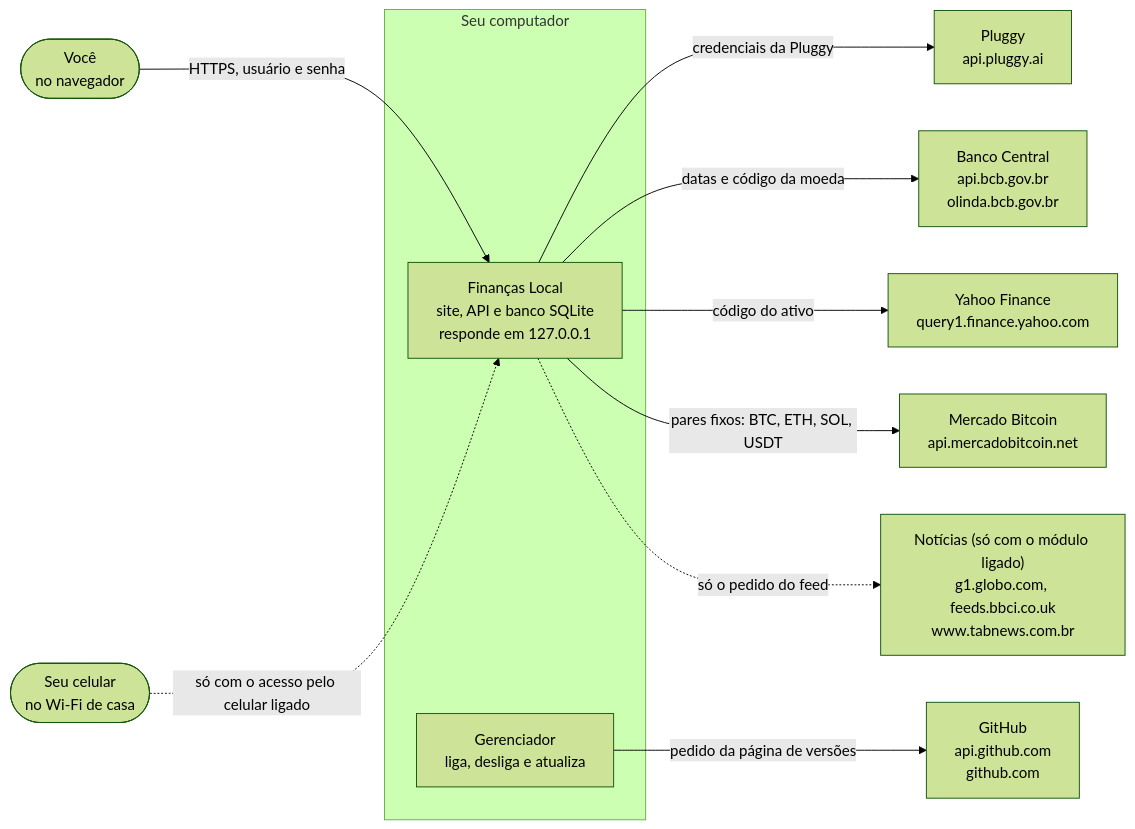
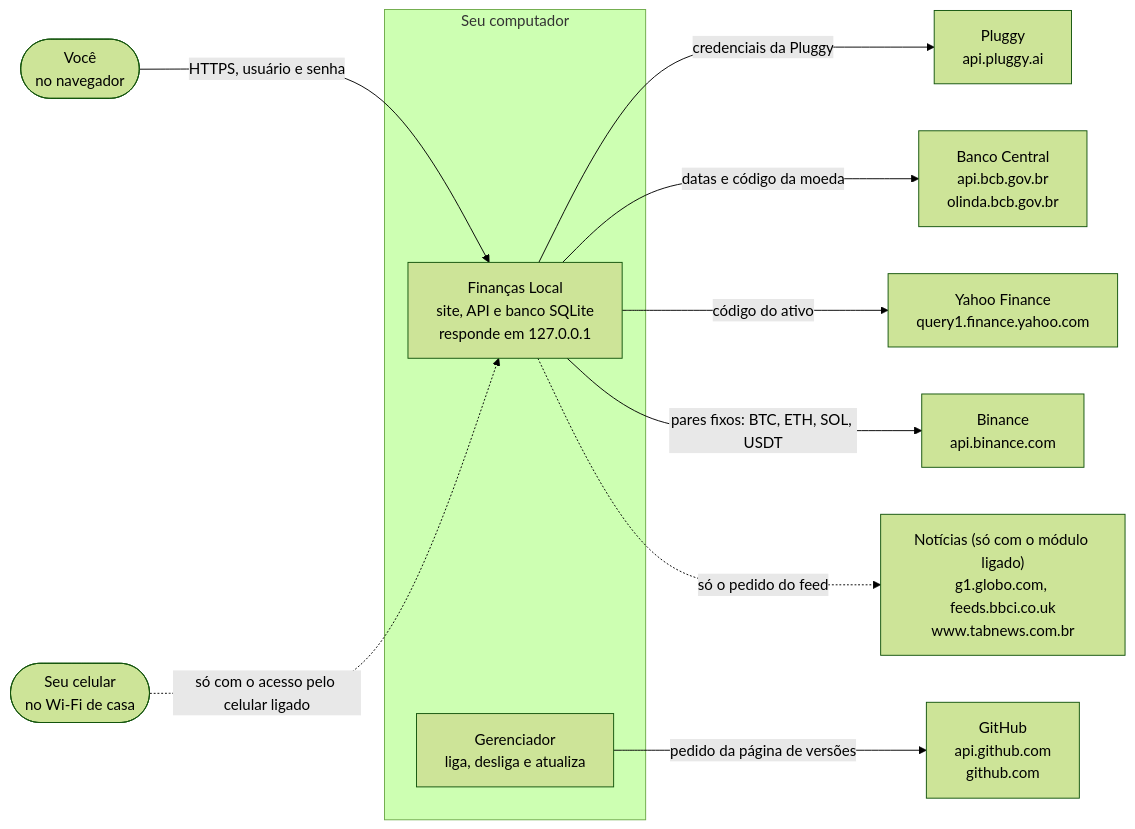
Before and after one commit to LucasDesenvGit/financas-local: the first of 3 diagrams in README.md, drawn with Mermaid (forest theme). The commit also changed 37 other files, not shown here.

First line of the commit message:
fix(investimentos): cotação de cripto pela Binance, no lugar do Mercado Bitcoin (#762)

````diff
--- a/README.md
+++ b/README.md
@@ -11,25 +11,25 @@
 ```mermaid
 flowchart LR
     %% Contexto do C4 (provisório até o HLD da #462)
     voce(["Você<br/>no navegador"])
     subgraph pc["Seu computador"]
         site["Finanças Local<br/>site, API e banco SQLite<br/>responde em 127.0.0.1"]
         ger["Gerenciador<br/>liga, desliga e atualiza"]
     end
     pluggy["Pluggy<br/>api.pluggy.ai"]
     bcb["Banco Central<br/>api.bcb.gov.br<br/>olinda.bcb.gov.br"]
     cot["Yahoo Finance<br/>query1.finance.yahoo.com"]
-    mb["Mercado Bitcoin<br/>api.mercadobitcoin.net"]
+    mb["Binance<br/>api.binance.com"]
     gh["GitHub<br/>api.github.com<br/>github.com"]
     not["Notícias (só com o módulo ligado)<br/>g1.globo.com, feeds.bbci.co.uk<br/>www.tabnews.com.br"]
     cel(["Seu celular<br/>no Wi-Fi de casa"])
 
     voce -->|"HTTPS, usuário e senha"| site
     cel -.->|"só com o acesso pelo celular ligado"| site
     site -->|"credenciais da Pluggy"| pluggy
     site -->|"datas e código da moeda"| bcb
     site -->|"código do ativo"| cot
     site -->|"pares fixos: BTC, ETH, SOL, USDT"| mb
     ger -->|"pedido da página de versões"| gh
     site -.->|"só o pedido do feed"| not
 ```
````
